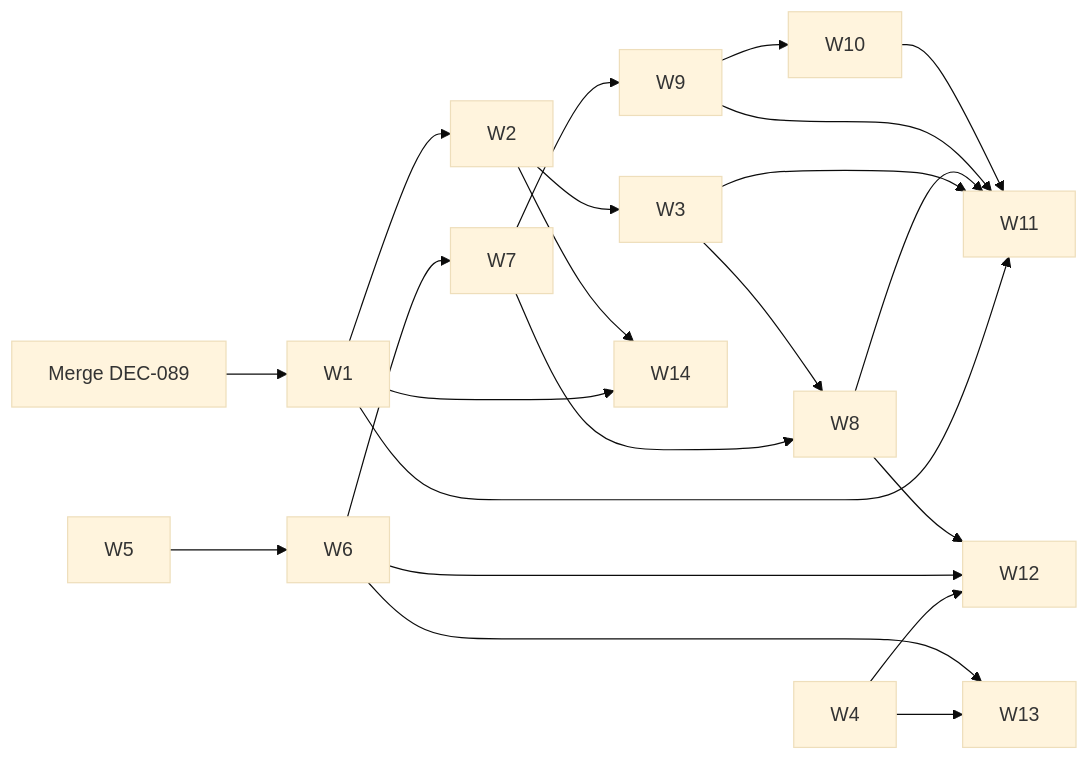
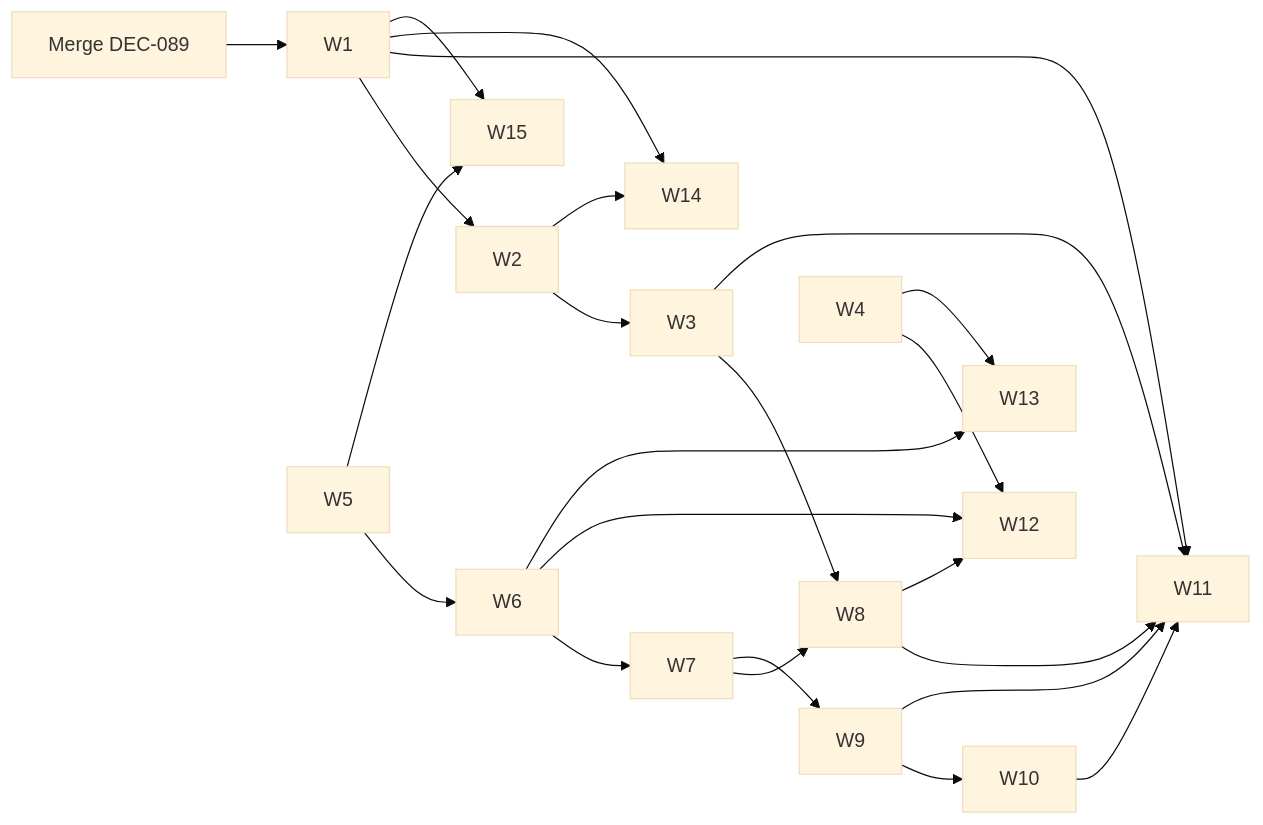
Before and after one commit to AbhishekR3/designPerspectives: the diagram in docs/waves/README.md, drawn with Mermaid (base theme). The commit also changed other lines of this file and 7 other files, not shown here.

````diff
--- a/docs/waves/README.md
+++ b/docs/waves/README.md
@@ -44,12 +44,13 @@
 ```mermaid
 graph LR
   P0[Merge DEC-089] --> W1
   W1 --> W2 --> W3
   W5 --> W6 --> W7 --> W8
   W3 --> W8
   W7 --> W9 --> W10
   W1 & W3 & W8 & W9 & W10 --> W11
   W4 & W6 & W8 --> W12
   W4 & W6 --> W13
   W1 & W2 --> W14
+  W5 & W1 --> W15
 ```
````
